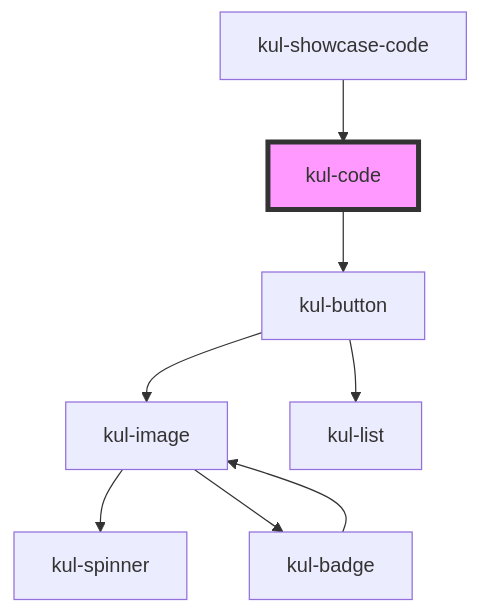
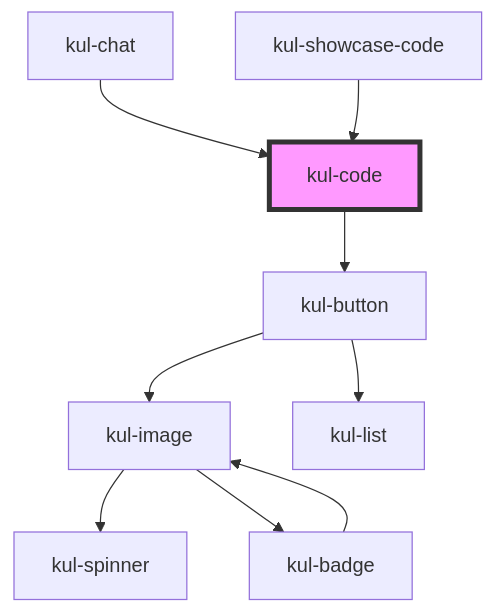
The diagram in packages/ketchup-lite/src/components/kul-code/readme.md (smeup/ketchup), drawn with Mermaid before and after one commit. The commit also changed other lines of this file and 25 other files, not shown here.

Commit message:
feat: new component kul-chat

````diff
--- a/packages/ketchup-lite/src/components/kul-code/readme.md
+++ b/packages/ketchup-lite/src/components/kul-code/readme.md
@@ -92,11 +93,12 @@
 ```mermaid
 graph TD;
   kul-code --> kul-button
   kul-button --> kul-image
   kul-button --> kul-list
   kul-image --> kul-spinner
   kul-image --> kul-badge
   kul-badge --> kul-image
+  kul-chat --> kul-code
   kul-showcase-code --> kul-code
   style kul-code fill:#f9f,stroke:#333,stroke-width:4px
 ```
````
